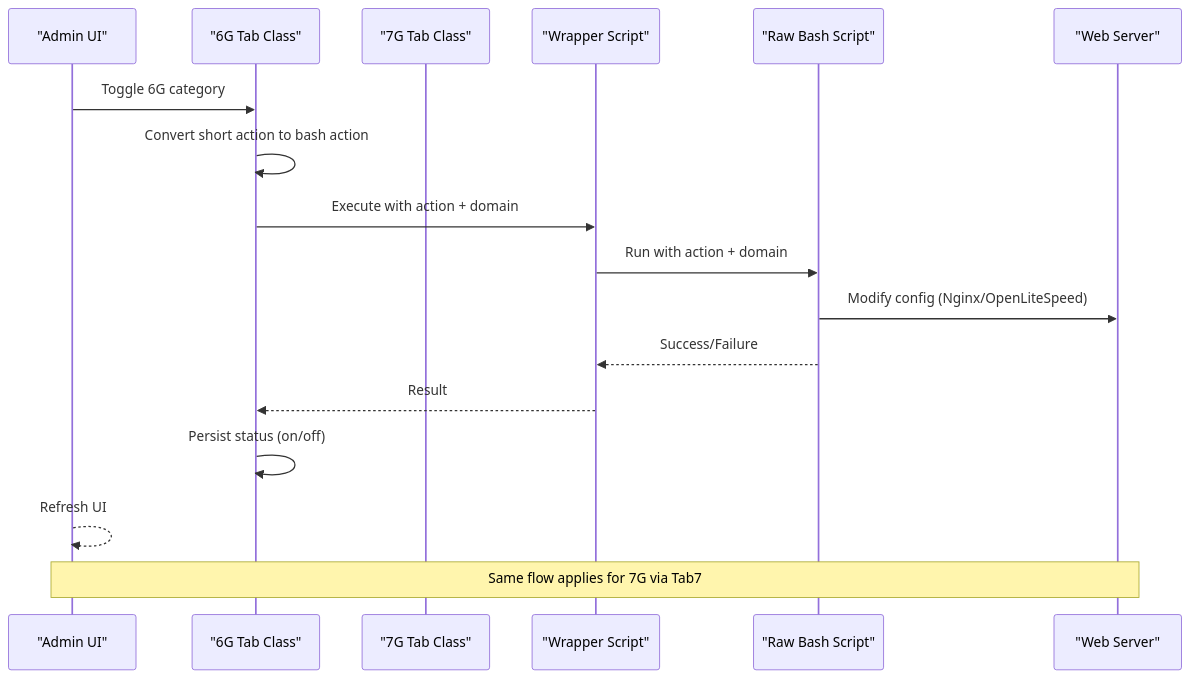
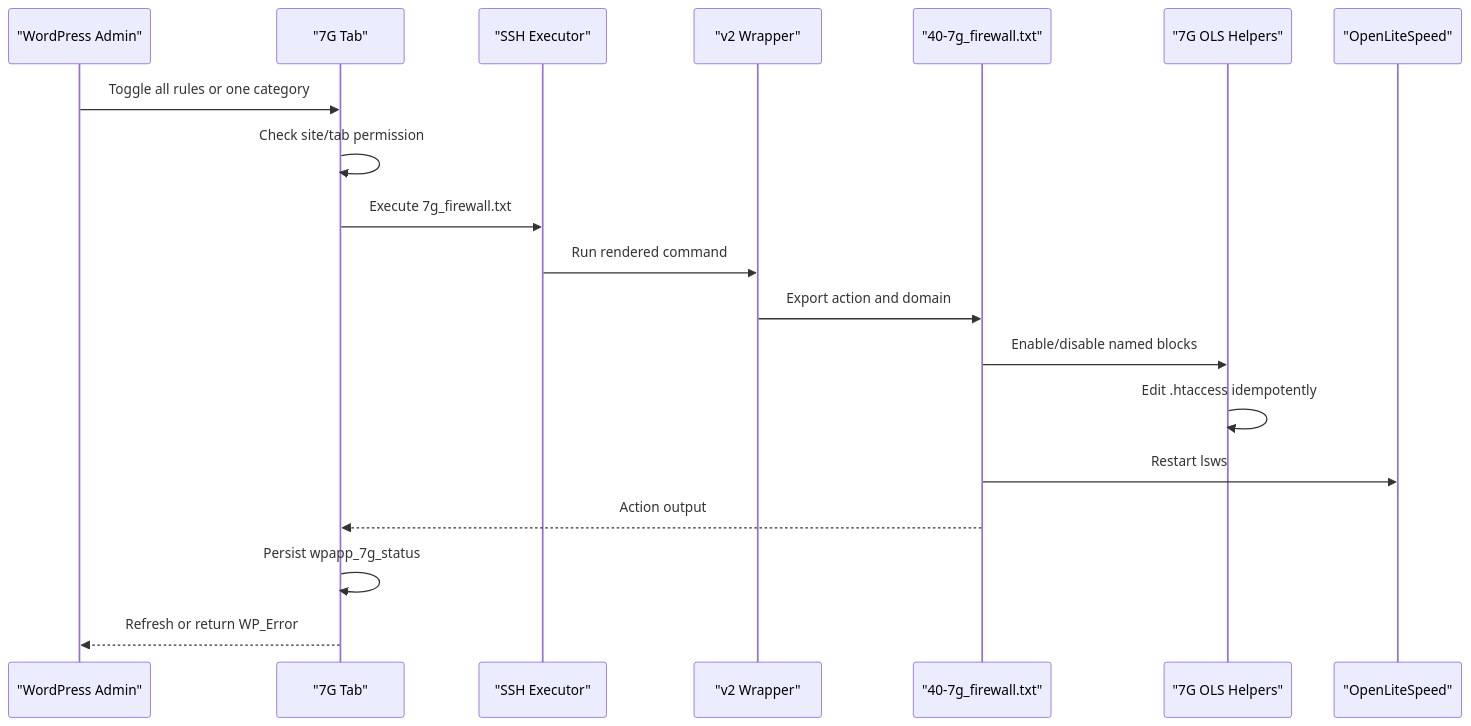
One commit to onedogsolutions/simple-stack changed the second of 2 diagrams in .qoder/repowiki/en/content/Operational Tools/Security Hardening Tools/Firewall Management.md. Above: the diagram before and after it, drawn with Mermaid. The commit also changed other lines of this file and 5941 other files, not shown here.

````diff
--- a/.qoder/repowiki/en/content/Operational Tools/Security Hardening Tools/Firewall Management.md
+++ b/.qoder/repowiki/en/content/Operational Tools/Security Hardening Tools/Firewall Management.md
@@ -103,19 +73,22 @@
 ```mermaid
 sequenceDiagram
-participant Admin as "Admin UI"
-participant Tab6 as "6G Tab Class"
-participant Tab7 as "7G Tab Class"
-participant Wrapper as "Wrapper Script"
-participant Raw as "Raw Bash Script"
-participant Web as "Web Server"
-Admin->>Tab6 : Toggle 6G category
-Tab6->>Tab6 : Convert short action to bash action
-Tab6->>Wrapper : Execute with action + domain
-Wrapper->>Raw : Run with action + domain
-Raw->>Web : Modify config (Nginx/OpenLiteSpeed)
-Raw-->>Wrapper : Success/Failure
-Wrapper-->>Tab6 : Result
-Tab6->>Tab6 : Persist status (on/off)
-Admin-->>Admin : Refresh UI
-Note over Admin,Web : Same flow applies for 7G via Tab7
+    participant Admin as "WordPress Admin"
+    participant Tab as "7G Tab"
+    participant SSH as "SSH Executor"
+    participant Wrapper as "v2 Wrapper"
+    participant Raw as "40-7g_firewall.txt"
+    participant Helper as "7G OLS Helpers"
+    participant OLS as "OpenLiteSpeed"
+
+    Admin->>Tab : Toggle all rules or one category
+    Tab->>Tab : Check site/tab permission
+    Tab->>SSH : Execute 7g_firewall.txt
+    SSH->>Wrapper : Run rendered command
+    Wrapper->>Raw : Export action and domain
+    Raw->>Helper : Enable/disable named blocks
+    Helper->>Helper : Edit .htaccess idempotently
+    Raw->>OLS : Restart lsws
+    Raw-->>Tab : Action output
+    Tab->>Tab : Persist wpapp_7g_status
+    Tab-->>Admin : Refresh or return WP_Error
 ```
````
